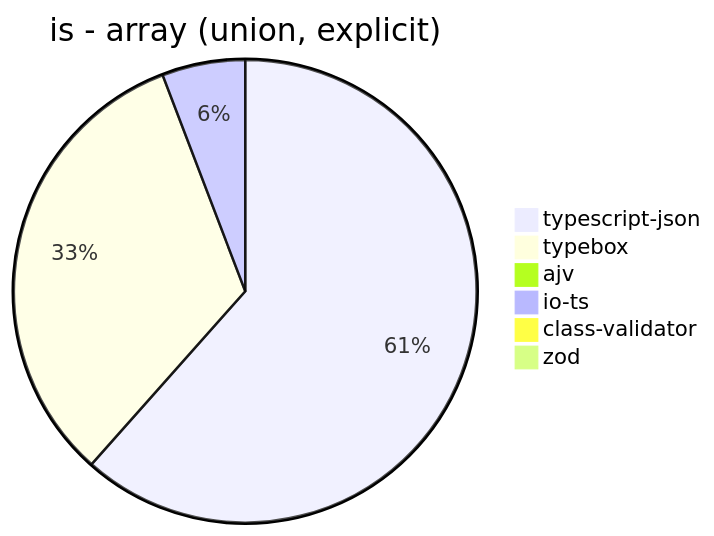
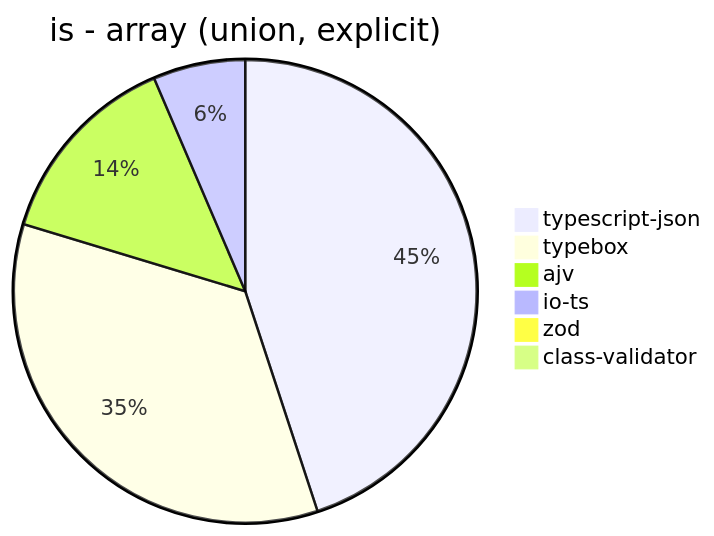
One commit to samchon/typia changed the sixth of 39 diagrams in benchmark/results/11th Gen Intel(R) Core(TM) i5-1135G7 @ 2.40GHz.md. Above: the diagram before and after it, drawn with Mermaid. The commit also changed other lines of this file and 177 other files, not shown here.

````diff
--- a/benchmark/results/11th Gen Intel(R) Core(TM) i5-1135G7 @ 2.40GHz.md
+++ b/benchmark/results/11th Gen Intel(R) Core(TM) i5-1135G7 @ 2.40GHz.md
@@ -76,9 +76,9 @@
 ```mermaid
 pie title is - array (union, explicit)
-  "typescript-json": 3773.3043162858175
-  "typebox": 2000.18765246763
-  "ajv": 0
-  "io-ts": 356.11038107752955
-  "class-validator": 7.516040329972502
-  "zod": 2.835538752362949
+  "typescript-json": 2573.6973590292646
+  "typebox": 1988.611315209405
+  "ajv": 795.3271028037384
+  "io-ts": 368.47014925373134
+  "zod": 2.8253908457336596
+  "class-validator": 0
 ```
````
